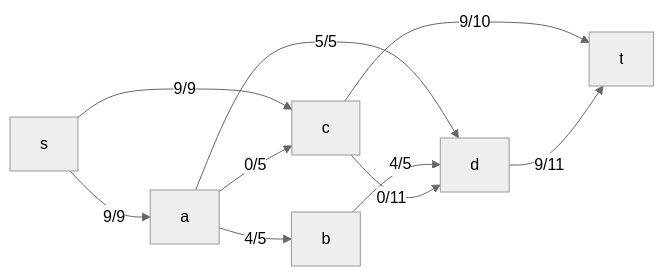
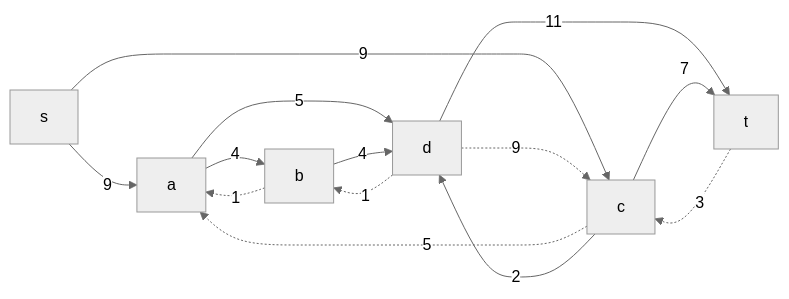
One commit to hse-algo-24-crow/manual-tasks-crow changed the tenth of 12 diagrams in task-10/goidaz.md. Above: the diagram before and after it, drawn with Mermaid (neutral theme). The commit also changed other lines of this file, not shown here.

````diff
--- a/task-10/goidaz.md
+++ b/task-10/goidaz.md
@@ -243,12 +252,16 @@
 ```mermaid
 graph LR
-    s-->|9/9|a
-    s-->|9/9|c
-    a-->|0/5|c
-    a-->|4/5|b
-    a-->|5/5|d
-    b-->|4/5|d
-    c-->|0/11|d
-    c-->|9/10|t
-    d-->|9/11|t
+    s-->|9|a
+    s-->|9|c
+    b-.->|1|a
+    a-->|4|b
+    a-->|5|d
+    c-.->|5|a
+    d-.->|9|c
+    c--->|2|d
+    d-.->|1|b
+    b-->|4|d
+    d-->|11|t
+    t-.->|3|c
+    c-->|7|t
 ```
````
